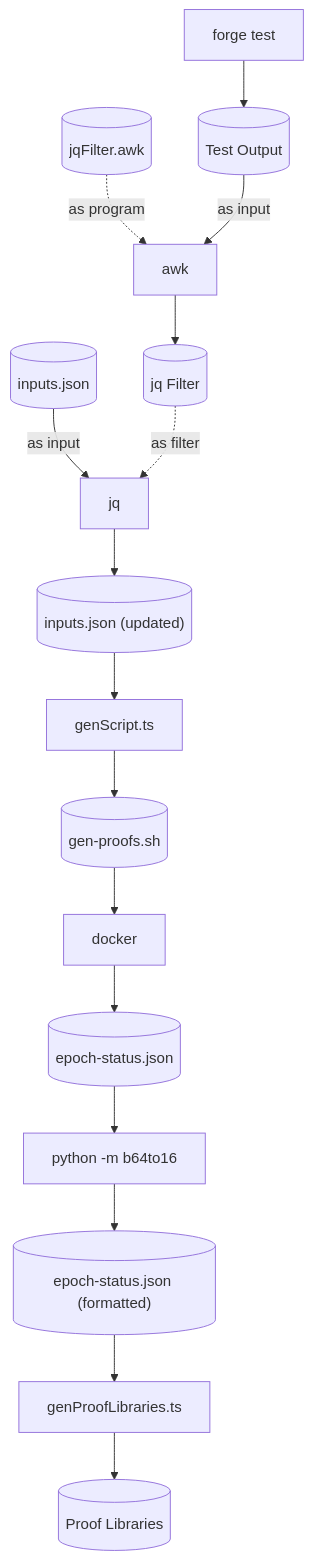
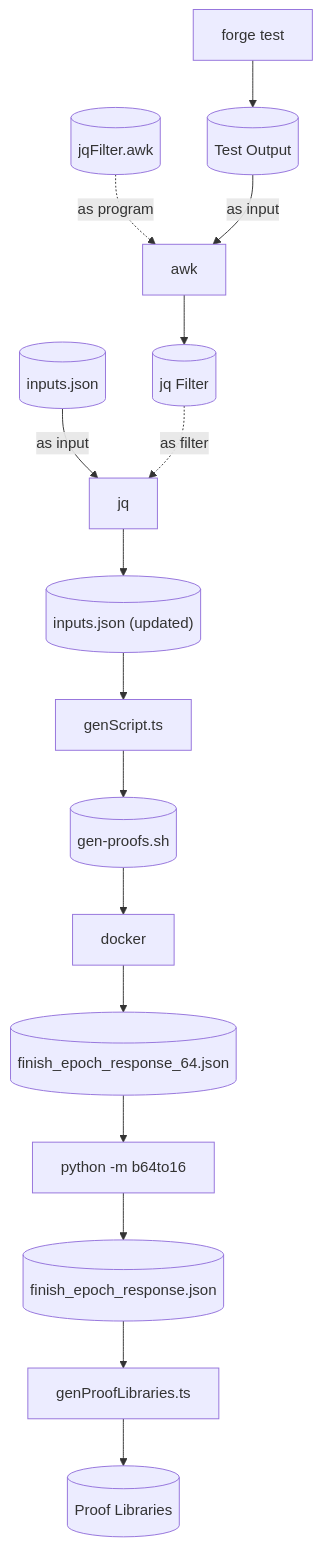
One commit to dapp-dragonxmlp09/rollups-contracts changed the diagram in onchain/rollups/test/foundry/dapp/helper/README.md. Above: the diagram before and after it, drawn with Mermaid. The commit also changed 5 other files, not shown here.

Commit message:
refactor(onchain): update proof gen script

````diff
--- a/onchain/rollups/test/foundry/dapp/helper/README.md
+++ b/onchain/rollups/test/foundry/dapp/helper/README.md
@@ -35,15 +35,15 @@
 ```mermaid
 graph TD
     forge[forge test] --> testOutput[(Test Output)]
     jqFilterProgram[(jqFilter.awk)] -. as program .-> awk
     testOutput -- as input --> awk
     awk --> jqFilter[(jq Filter)]
     inputs[(inputs.json)] -- as input --> jq
     jqFilter -. as filter .-> jq
     jq --> updatedInputs[("inputs.json (updated)")]
     updatedInputs --> genScript.ts --> script[(gen-proofs.sh)]
-    script --> docker --> epochStatus[(epoch-status.json)]
-    epochStatus --> b64to16[python -m b64to16] --> formatedEpochStatus[("epoch-status.json (formatted)")]
-    formatedEpochStatus --> genProofLibraries.ts
+    script --> docker --> finishEpochResponse[(finish_epoch_response_64.json)]
+    finishEpochResponse --> b64to16[python -m b64to16] --> formatedFinishEpochResponse[("finish_epoch_response.json")]
+    formatedFinishEpochResponse --> genProofLibraries.ts
     genProofLibraries.ts --> proofLibraries[(Proof Libraries)]
 ```
````
